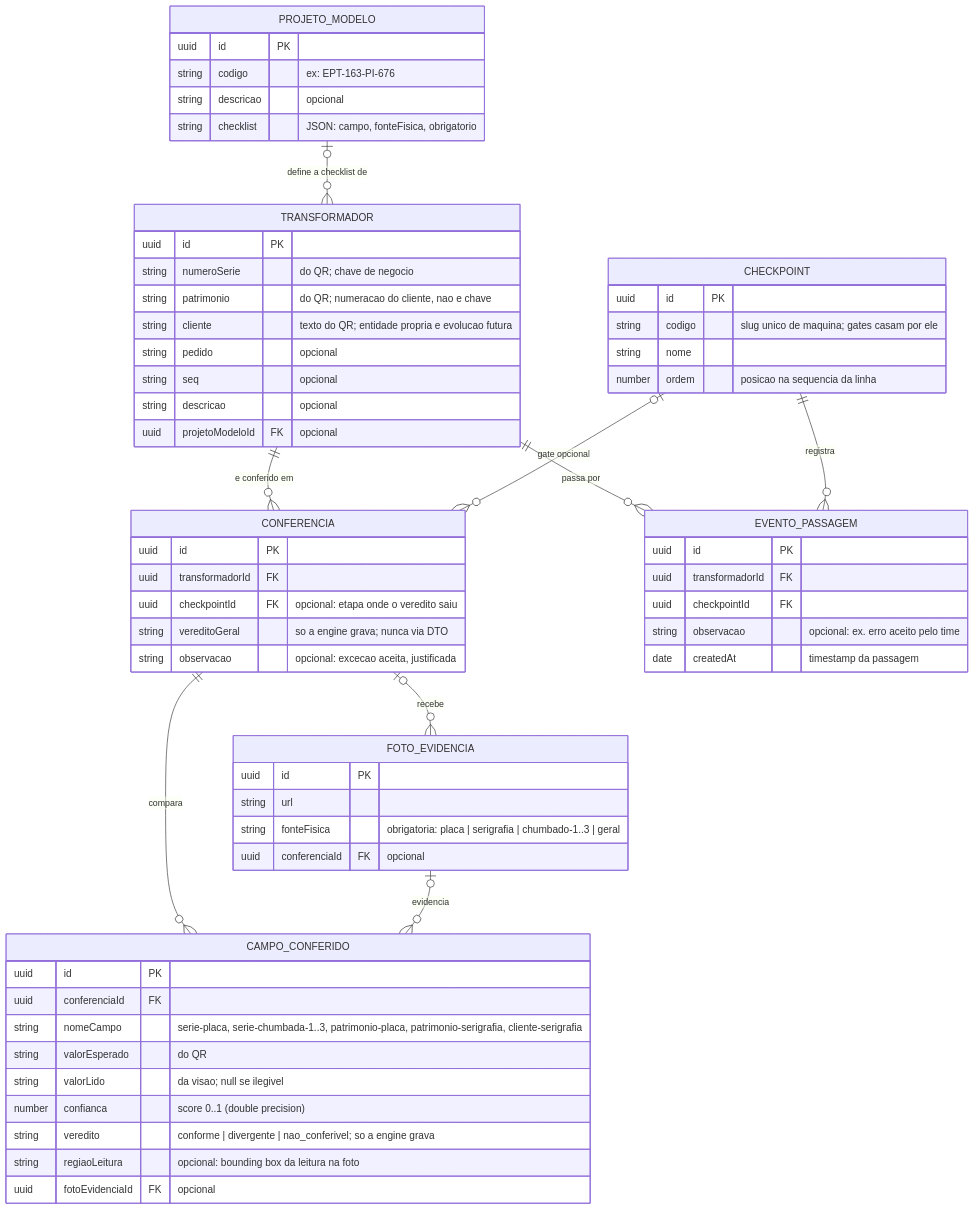
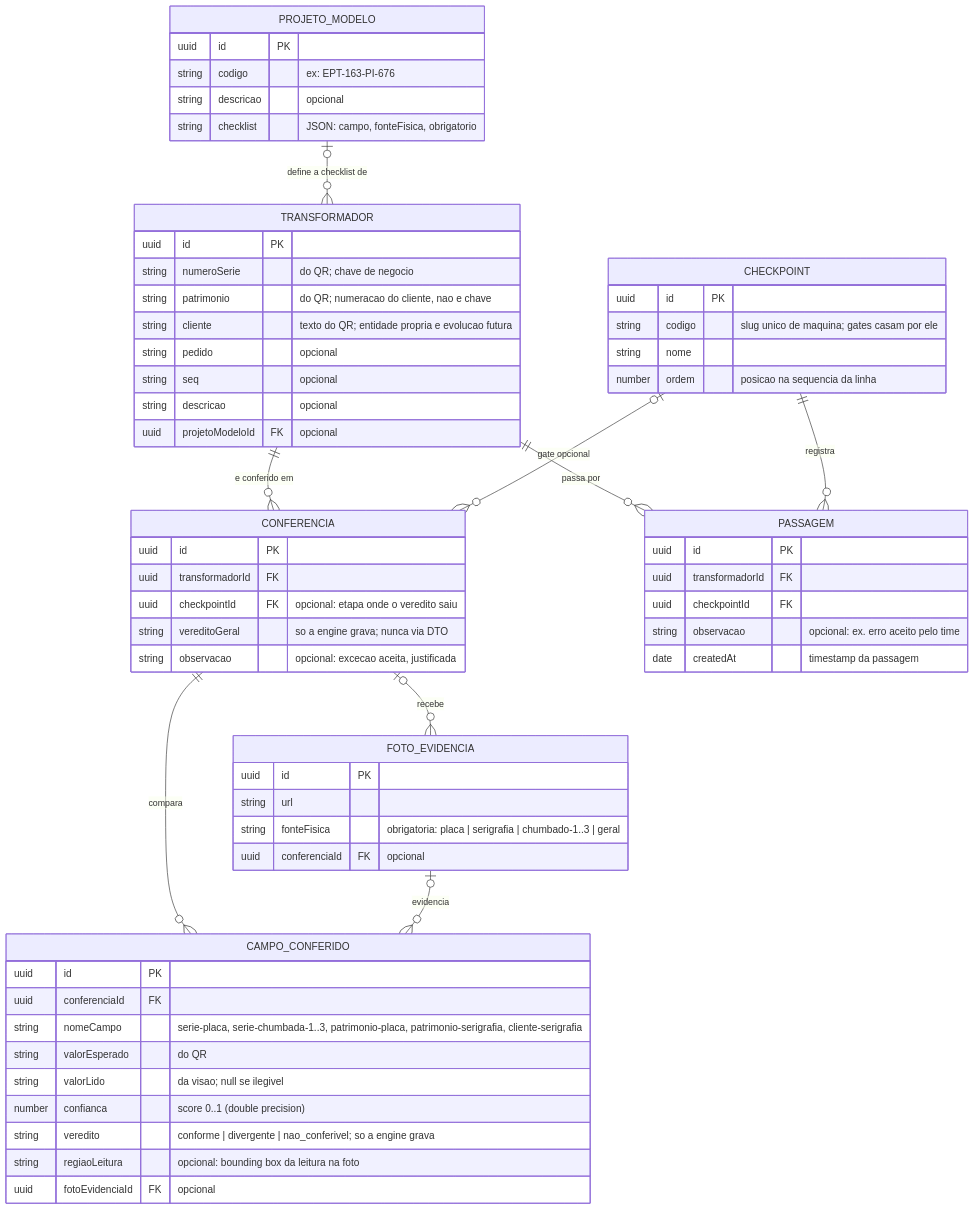
The first of 2 diagrams in SPEC.md (vctorgriggi/HackStars-Equipe3), drawn with Mermaid before and after one commit. The commit also changed other lines of this file and 166 other files, not shown here.

First line of the commit message:
refactor: plural portugues em pastas/rotas; EventoPassagem vira Passagem

````diff
--- a/SPEC.md
+++ b/SPEC.md
@@ -80,65 +80,65 @@
 ```mermaid
 erDiagram
     PROJETO_MODELO |o--o{ TRANSFORMADOR : "define a checklist de"
     TRANSFORMADOR ||--o{ CONFERENCIA : "e conferido em"
-    TRANSFORMADOR ||--o{ EVENTO_PASSAGEM : "passa por"
-    CHECKPOINT ||--o{ EVENTO_PASSAGEM : "registra"
+    TRANSFORMADOR ||--o{ PASSAGEM : "passa por"
+    CHECKPOINT ||--o{ PASSAGEM : "registra"
     CHECKPOINT |o--o{ CONFERENCIA : "gate opcional"
     CONFERENCIA ||--o{ CAMPO_CONFERIDO : "compara"
     CONFERENCIA |o--o{ FOTO_EVIDENCIA : "recebe"
     FOTO_EVIDENCIA |o--o{ CAMPO_CONFERIDO : "evidencia"
 
     PROJETO_MODELO {
         uuid id PK
         string codigo "ex: EPT-163-PI-676"
         string descricao "opcional"
         string checklist "JSON: campo, fonteFisica, obrigatorio"
     }
     TRANSFORMADOR {
         uuid id PK
         string numeroSerie "do QR; chave de negocio"
         string patrimonio "do QR; numeracao do cliente, nao e chave"
         string cliente "texto do QR; entidade propria e evolucao futura"
         string pedido "opcional"
         string seq "opcional"
         string descricao "opcional"
         uuid projetoModeloId FK "opcional"
     }
     CHECKPOINT {
         uuid id PK
         string codigo "slug unico de maquina; gates casam por ele"
         string nome
         number ordem "posicao na sequencia da linha"
     }
     CONFERENCIA {
         uuid id PK
         uuid transformadorId FK
         uuid checkpointId FK "opcional: etapa onde o veredito saiu"
         string vereditoGeral "so a engine grava; nunca via DTO"
         string observacao "opcional: excecao aceita, justificada"
     }
     CAMPO_CONFERIDO {
         uuid id PK
         uuid conferenciaId FK
         string nomeCampo "serie-placa, serie-chumbada-1..3, patrimonio-placa, patrimonio-serigrafia, cliente-serigrafia"
         string valorEsperado "do QR"
         string valorLido "da visao; null se ilegivel"
         number confianca "score 0..1 (double precision)"
         string veredito "conforme | divergente | nao_conferivel; so a engine grava"
         string regiaoLeitura "opcional: bounding box da leitura na foto"
         uuid fotoEvidenciaId FK "opcional"
     }
     FOTO_EVIDENCIA {
         uuid id PK
         string url
         string fonteFisica "obrigatoria: placa | serigrafia | chumbado-1..3 | geral"
         uuid conferenciaId FK "opcional"
     }
-    EVENTO_PASSAGEM {
+    PASSAGEM {
         uuid id PK
         uuid transformadorId FK
         uuid checkpointId FK
         string observacao "opcional: ex. erro aceito pelo time"
         date createdAt "timestamp da passagem"
     }
 ```
````
